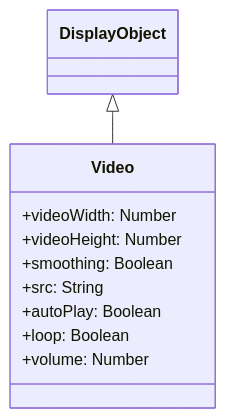
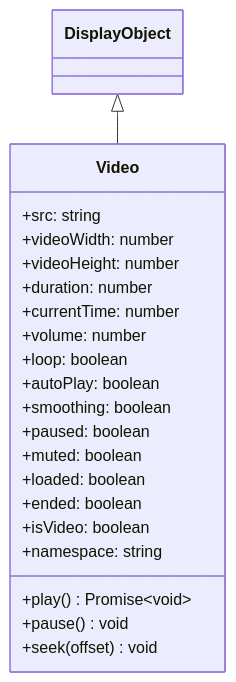
The diagram in specs/en/video.md (Next2D/player), drawn with Mermaid before and after one commit. The commit also changed other lines of this file and 15 other files, not shown here.

````diff
--- a/specs/en/video.md
+++ b/specs/en/video.md
@@ -7,14 +7,25 @@
 ```mermaid
 classDiagram
     DisplayObject <|-- Video
 
     class Video {
-        +videoWidth: Number
-        +videoHeight: Number
-        +smoothing: Boolean
-        +src: String
-        +autoPlay: Boolean
-        +loop: Boolean
-        +volume: Number
+        +src: string
+        +videoWidth: number
+        +videoHeight: number
+        +duration: number
+        +currentTime: number
+        +volume: number
+        +loop: boolean
+        +autoPlay: boolean
+        +smoothing: boolean
+        +paused: boolean
+        +muted: boolean
+        +loaded: boolean
+        +ended: boolean
+        +isVideo: boolean
+        +namespace: string
+        +play() Promise~void~
+        +pause() void
+        +seek(offset) void
     }
 ```
````
